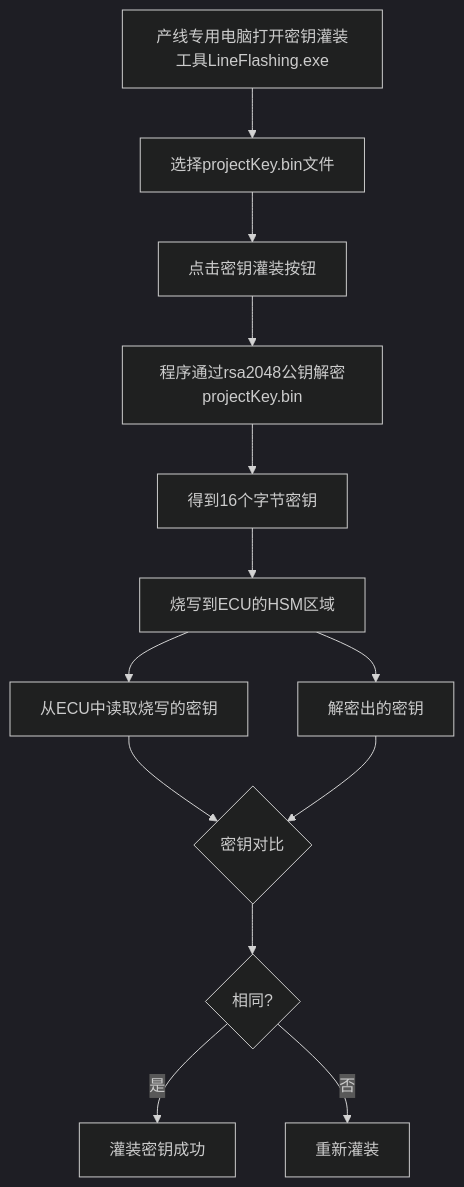
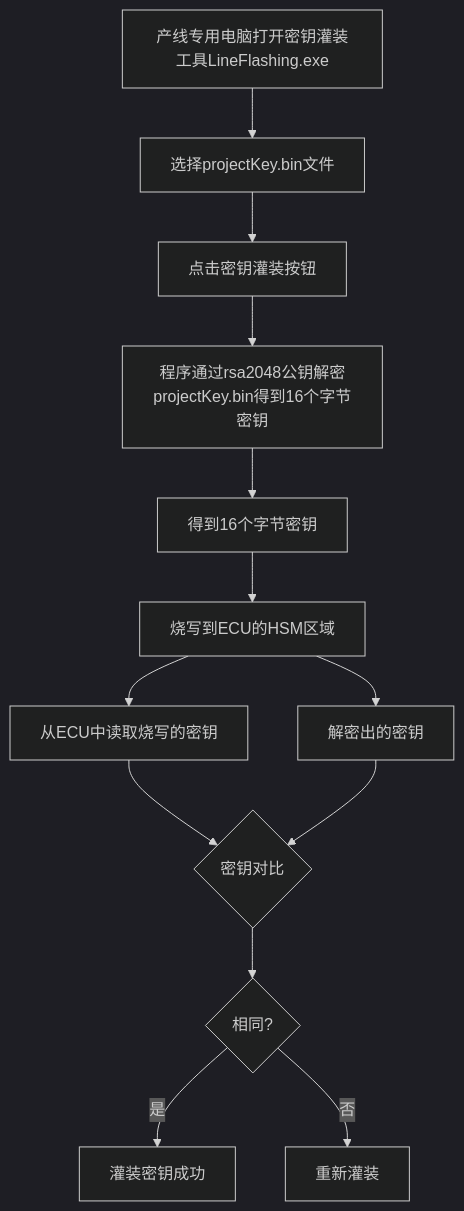
The diagram in all/未命名-5.md (facebook-cloud/iodraw-files), drawn with Mermaid (dark theme) before and after one commit.

Commit message:
2026-01-05 17:22:28 update

````diff
--- a/all/未命名-5.md
+++ b/all/未命名-5.md
@@ -1,16 +1,16 @@
 ```mermaid
 graph TD
     A[产线专用电脑打开密钥灌装工具LineFlashing.exe] --> B[选择projectKey.bin文件]
     B --> C[点击密钥灌装按钮]
-    C --> D[程序通过rsa2048公钥解密projectKey.bin]
+    C --> D[程序通过rsa2048公钥解密projectKey.bin得到16个字节密钥]
     D --> E[得到16个字节密钥]
     E --> F[烧写到ECU的HSM区域]
     F --> G[从ECU中读取烧写的密钥]
     F --> H[解密出的密钥]
     G --> I{密钥对比}
     H --> I
     I --> J{相同?}
     J -- 是 --> K[灌装密钥成功]
     J -- 否 --> L[重新灌装]
 
 ```
````
